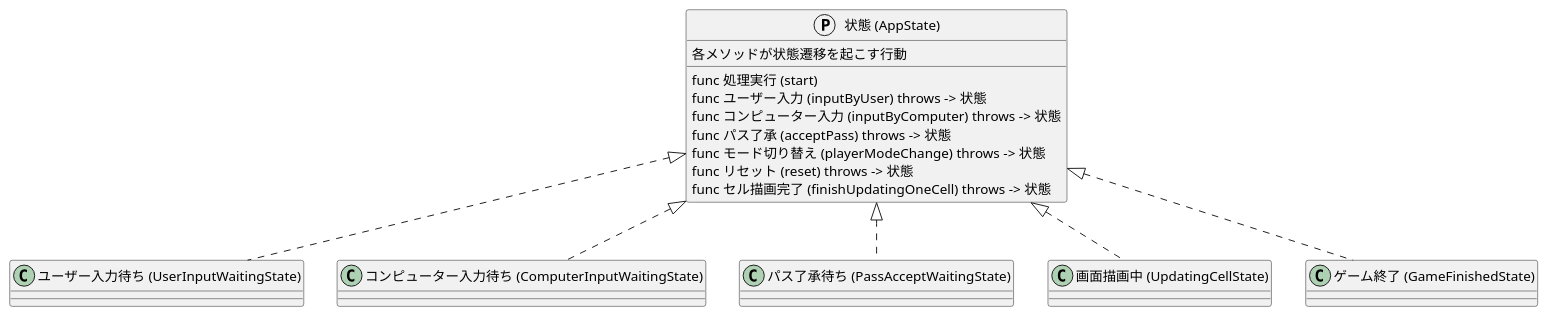
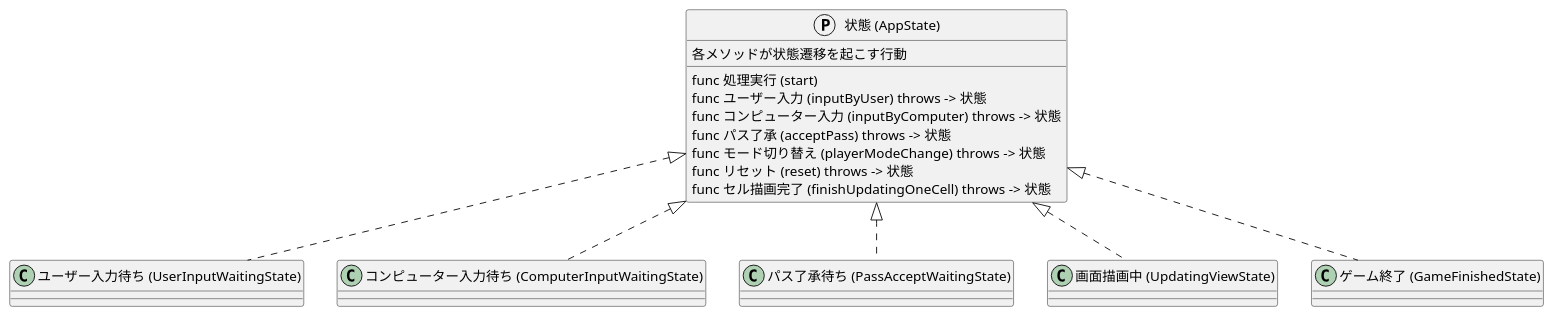
The second of 2 diagrams in リファクタリング戦略.md (ewa1989/reversi-ios), drawn with PlantUML before and after one commit. The commit also changed 9 other files, not shown here.

````diff
--- a/リファクタリング戦略.md
+++ b/リファクタリング戦略.md
@@ -85,18 +85,18 @@
 ```plantuml
 protocol "状態 (AppState)" {
     各メソッドが状態遷移を起こす行動
     func 処理実行 (start)
     func ユーザー入力 (inputByUser) throws -> 状態
     func コンピューター入力 (inputByComputer) throws -> 状態
     func パス了承 (acceptPass) throws -> 状態
     func モード切り替え (playerModeChange) throws -> 状態
     func リセット (reset) throws -> 状態
     func セル描画完了 (finishUpdatingOneCell) throws -> 状態
 }
 
 class "ユーザー入力待ち (UserInputWaitingState)" implements "状態 (AppState)"
 class "コンピューター入力待ち (ComputerInputWaitingState)" implements "状態 (AppState)"
 class "パス了承待ち (PassAcceptWaitingState)" implements "状態 (AppState)"
-class "画面描画中 (UpdatingCellState)" implements "状態 (AppState)"
+class "画面描画中 (UpdatingViewState)" implements "状態 (AppState)"
 class "ゲーム終了 (GameFinishedState)" implements "状態 (AppState)"
 ```
````
